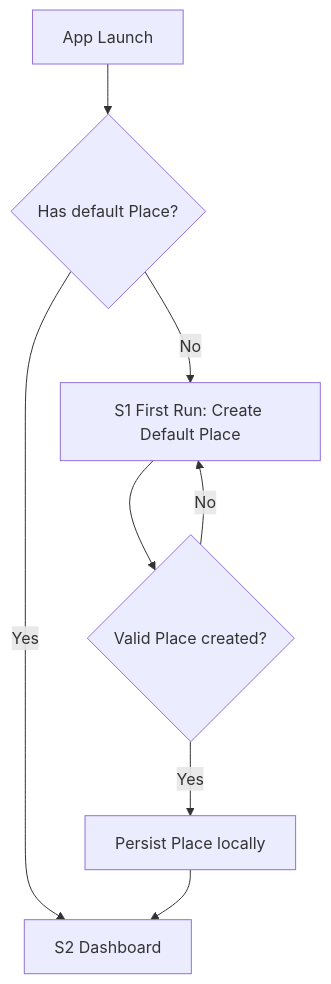
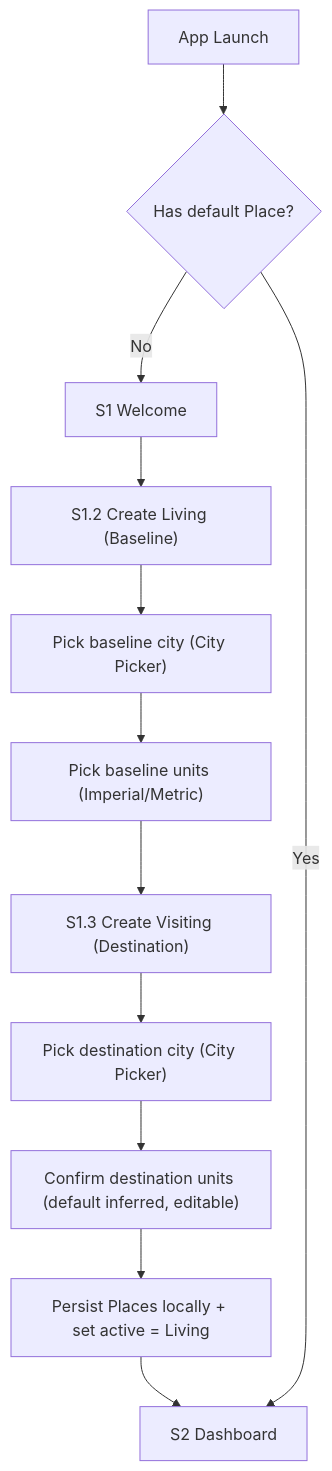
Before and after one commit to secretchoochoo/Unitana: the first of 8 diagrams in docs/01-flows.md, drawn with Mermaid. The commit also changed other lines of this file and 2 other files, not shown here.

Commit message:
Docs: update flows, wireframes, UX package (v2)

````diff
--- a/docs/01-flows.md
+++ b/docs/01-flows.md
@@ -102,11 +103,16 @@
 ```mermaid
 flowchart TD
   A["App Launch"] --> B{"Has default Place?"}
-  B -- "No" --> C["S1 First Run: Create Default Place"]
-  B -- "Yes" --> D["S2 Dashboard"]
 
-  C --> E{"Valid Place created?"}
-  E -- "No" --> C
-  E -- "Yes" --> F["Persist Place locally"]
-  F --> D
+  B -- "No" --> W["S1 Welcome"]
+  W --> L["S1.2 Create Living (Baseline)"]
+  L --> LCity["Pick baseline city (City Picker)"]
+  LCity --> LUnits["Pick baseline units (Imperial/Metric)"]
+  LUnits --> V["S1.3 Create Visiting (Destination)"]
+  V --> VCity["Pick destination city (City Picker)"]
+  VCity --> VUnits["Confirm destination units (default inferred, editable)"]
+  VUnits --> Save["Persist Places locally + set active = Living"]
+  Save --> D["S2 Dashboard"]
+
+  B -- "Yes" --> D
 ```
````
